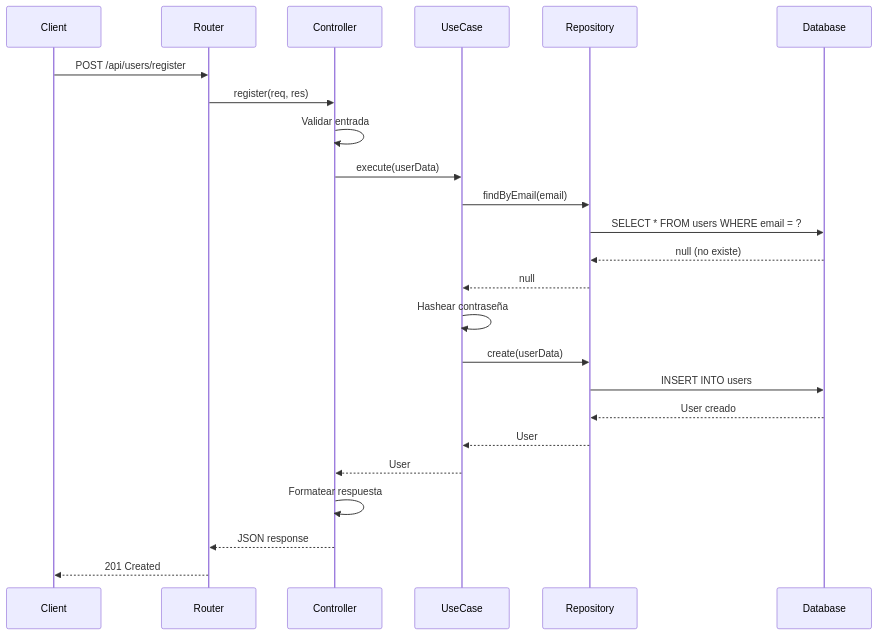
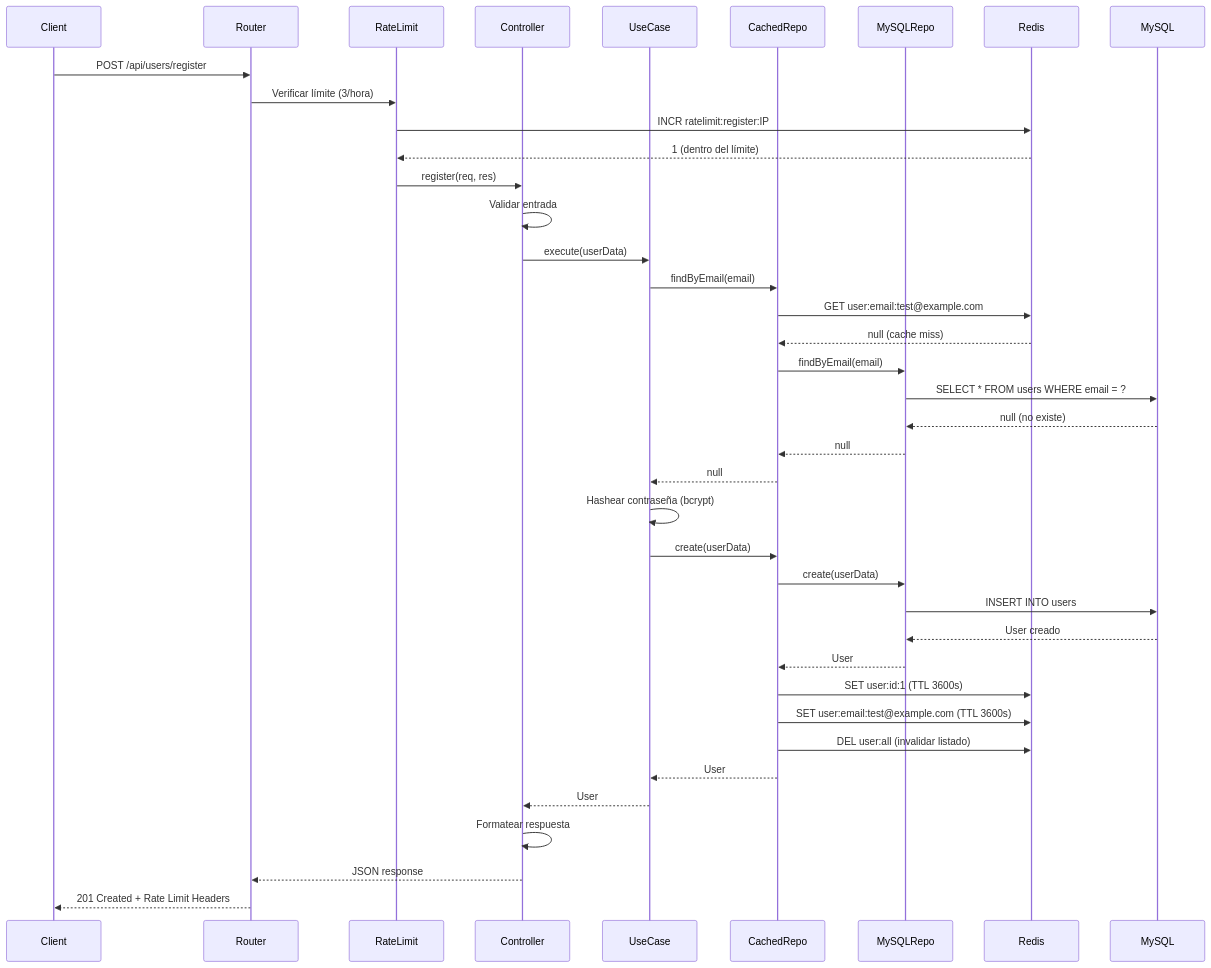
Before and after one commit to maximopeoficiales/node-ts-mysql-debug-template: the second of 15 diagrams in ARCHITECTURE.md, drawn with Mermaid. The commit also changed other lines of this file and 19 other files, not shown here.

First line of the commit message:
feat: Implement rate limiting middleware with Redis caching

````diff
--- a/ARCHITECTURE.md
+++ b/ARCHITECTURE.md
@@ -110,31 +162,46 @@
 ```mermaid
 sequenceDiagram
     participant Client
     participant Router
+    participant RateLimit
     participant Controller
     participant UseCase
-    participant Repository
-    participant Database
+    participant CachedRepo
+    participant MySQLRepo
+    participant Redis
+    participant MySQL
 
     Client->>Router: POST /api/users/register
-    Router->>Controller: register(req, res)
+    Router->>RateLimit: Verificar límite (3/hora)
+    RateLimit->>Redis: INCR ratelimit:register:IP
+    Redis-->>RateLimit: 1 (dentro del límite)
 
+    RateLimit->>Controller: register(req, res)
     Controller->>Controller: Validar entrada
     Controller->>UseCase: execute(userData)
 
-    UseCase->>Repository: findByEmail(email)
-    Repository->>Database: SELECT * FROM users WHERE email = ?
-    Database-->>Repository: null (no existe)
-    Repository-->>UseCase: null
+    UseCase->>CachedRepo: findByEmail(email)
+    CachedRepo->>Redis: GET user:email:test@example.com
+    Redis-->>CachedRepo: null (cache miss)
+    CachedRepo->>MySQLRepo: findByEmail(email)
+    MySQLRepo->>MySQL: SELECT * FROM users WHERE email = ?
+    MySQL-->>MySQLRepo: null (no existe)
+    MySQLRepo-->>CachedRepo: null
+    CachedRepo-->>UseCase: null
 
-    UseCase->>UseCase: Hashear contraseña
-    UseCase->>Repository: create(userData)
-    Repository->>Database: INSERT INTO users
-    Database-->>Repository: User creado
-    Repository-->>UseCase: User
+    UseCase->>UseCase: Hashear contraseña (bcrypt)
+    UseCase->>CachedRepo: create(userData)
+    CachedRepo->>MySQLRepo: create(userData)
+    MySQLRepo->>MySQL: INSERT INTO users
+    MySQL-->>MySQLRepo: User creado
+    MySQLRepo-->>CachedRepo: User
+    CachedRepo->>Redis: SET user:id:1 (TTL 3600s)
+    CachedRepo->>Redis: SET user:email:test@example.com (TTL 3600s)
+    CachedRepo->>Redis: DEL user:all (invalidar listado)
+    CachedRepo-->>UseCase: User
 
     UseCase-->>Controller: User
     Controller->>Controller: Formatear respuesta
     Controller-->>Router: JSON response
-    Router-->>Client: 201 Created
+    Router-->>Client: 201 Created + Rate Limit Headers
 ```
````
